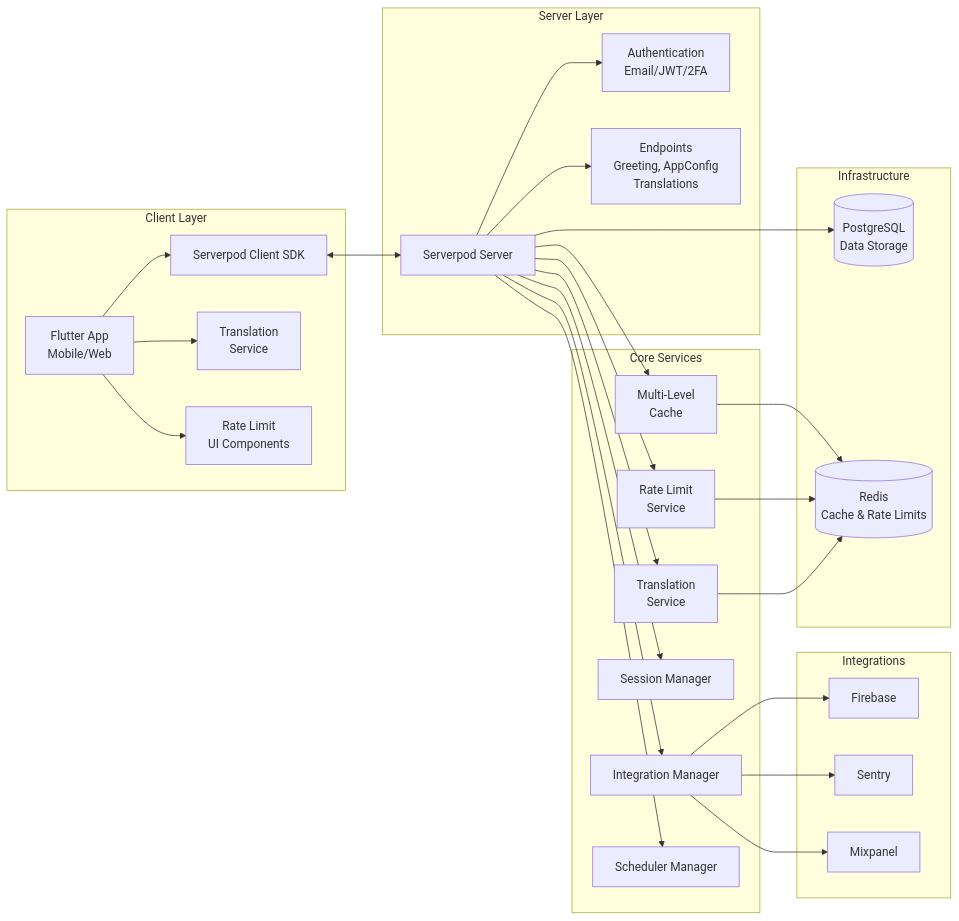
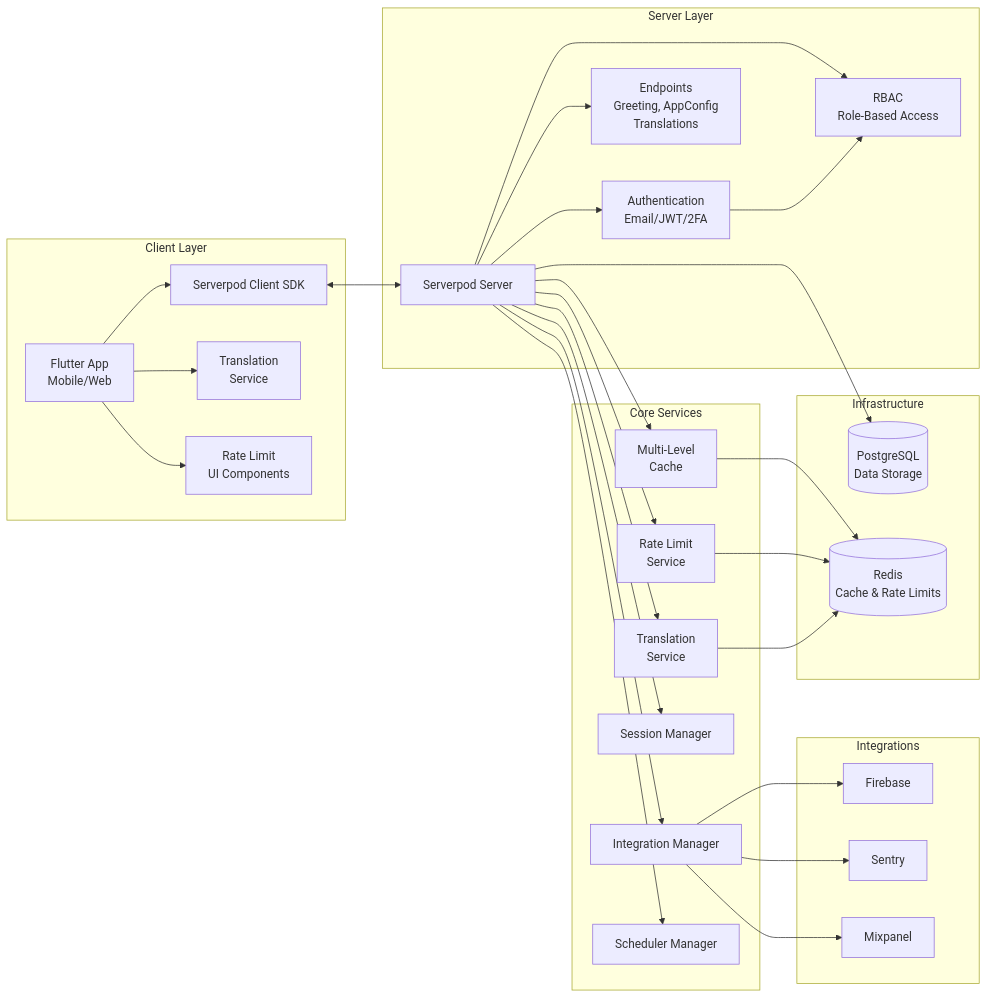
The second of 16 diagrams in README.md (gurkanfikretgunak/masterfabric_serverpod), drawn with Mermaid before and after one commit. The commit also changed other lines of this file and 43 other files, not shown here.

First line of the commit message:
feat(rbac): implement Role-Based Access Control (RBAC) system

````diff
--- a/README.md
+++ b/README.md
@@ -304,55 +305,58 @@
 ```mermaid
 graph LR
     subgraph "Client Layer"
         FlutterApp[Flutter App<br/>Mobile/Web]
         ClientSDK[Serverpod Client SDK]
         i18nClient[Translation<br/>Service]
         RateLimitUI[Rate Limit<br/>UI Components]
     end
     
     subgraph "Server Layer"
         ServerpodServer[Serverpod Server]
         Auth[Authentication<br/>Email/JWT/2FA]
+        RBAC[RBAC<br/>Role-Based Access]
         Endpoints[Endpoints<br/>Greeting, AppConfig<br/>Translations]
     end
     
     subgraph "Core Services"
         RateLimitSvc[Rate Limit<br/>Service]
         TranslationSvc[Translation<br/>Service]
         CacheSvc[Multi-Level<br/>Cache]
         SessionMgr[Session Manager]
         IntMgr[Integration Manager]
         Scheduler[Scheduler Manager]
     end
     
     subgraph "Integrations"
         Firebase[Firebase]
         Sentry[Sentry]
         Mixpanel[Mixpanel]
     end
     
     subgraph "Infrastructure"
         PostgreSQL[(PostgreSQL<br/>Data Storage)]
         Redis[(Redis<br/>Cache & Rate Limits)]
     end
     
     FlutterApp --> ClientSDK
     FlutterApp --> i18nClient
     FlutterApp --> RateLimitUI
     ClientSDK <--> ServerpodServer
     ServerpodServer --> Auth
+    ServerpodServer --> RBAC
+    Auth --> RBAC
     ServerpodServer --> Endpoints
     ServerpodServer --> RateLimitSvc
     ServerpodServer --> TranslationSvc
     ServerpodServer --> CacheSvc
     ServerpodServer --> SessionMgr
     ServerpodServer --> IntMgr
     ServerpodServer --> Scheduler
     IntMgr --> Firebase
     IntMgr --> Sentry
     IntMgr --> Mixpanel
     ServerpodServer --> PostgreSQL
     CacheSvc --> Redis
     RateLimitSvc --> Redis
     TranslationSvc --> Redis
 ```
````
